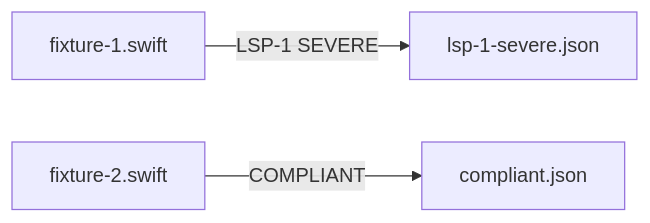
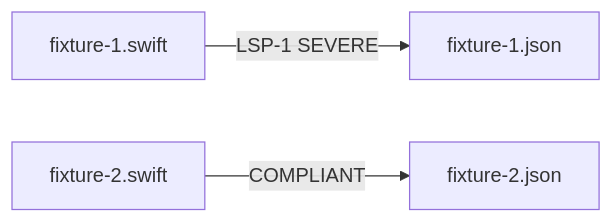
The diagram in .claude/specs/SPEC-001-solid-coder/features/SPEC-013-principle-review-test-harness/subtasks/SPEC-018-lsp-fixtures/Spec.md (Swift-Gurus/solid-coder), drawn with Mermaid before and after one commit. The commit also changed other lines of this file and 687 other files, not shown here.

````diff
--- a/.claude/specs/SPEC-001-solid-coder/features/SPEC-013-principle-review-test-harness/subtasks/SPEC-018-lsp-fixtures/Spec.md
+++ b/.claude/specs/SPEC-001-solid-coder/features/SPEC-013-principle-review-test-harness/subtasks/SPEC-018-lsp-fixtures/Spec.md
@@ -50,5 +50,5 @@
 ```mermaid
 graph LR
-    F1[fixture-1.swift] -->|LSP-1 SEVERE| E1[lsp-1-severe.json]
-    F2[fixture-2.swift] -->|COMPLIANT| E2[compliant.json]
+    F1[fixture-1.swift] -->|LSP-1 SEVERE| E1[fixture-1.json]
+    F2[fixture-2.swift] -->|COMPLIANT| E2[fixture-2.json]
 ```
````
